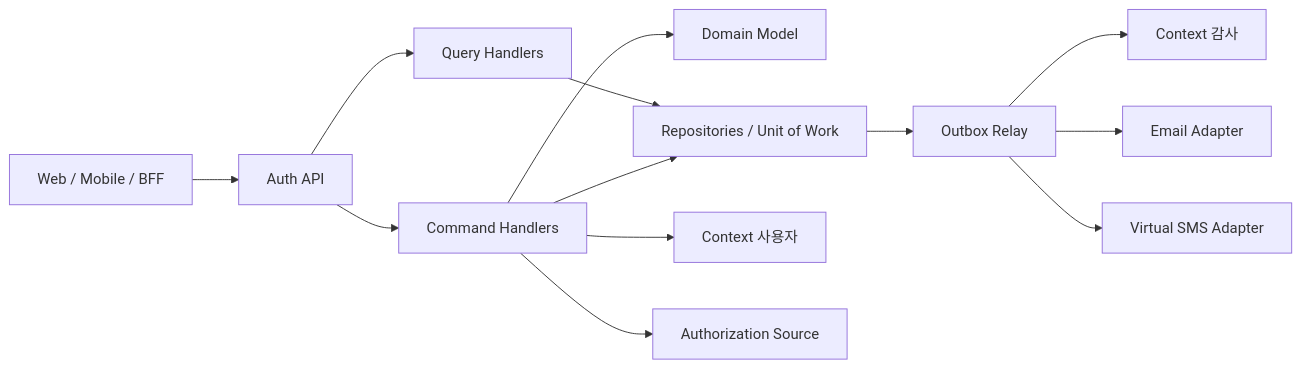
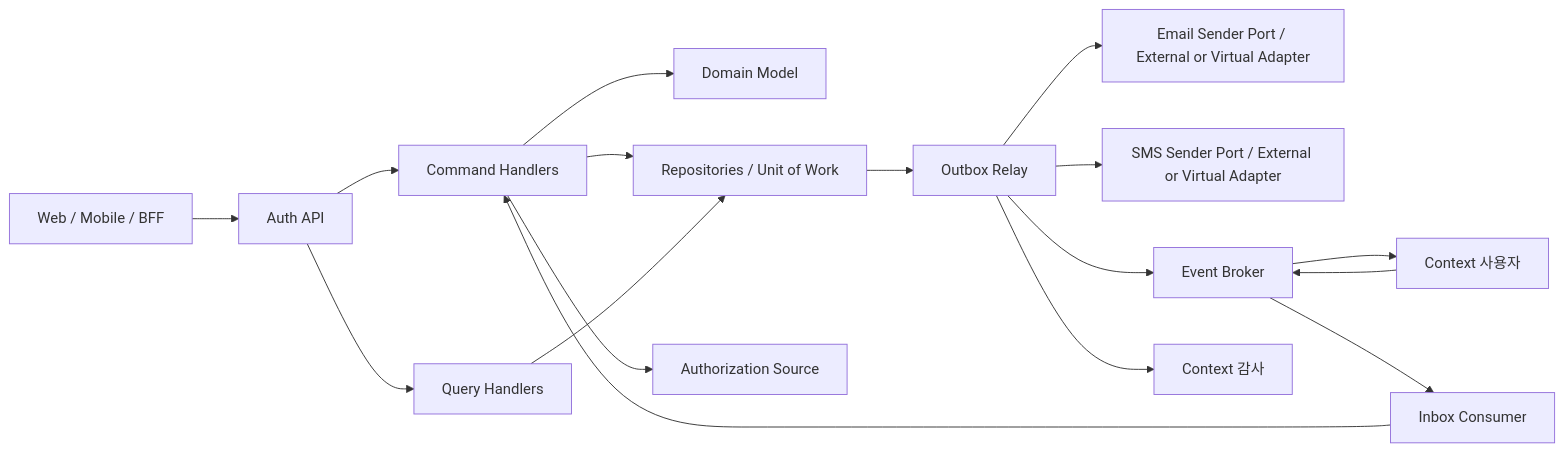
One commit to Medikong/archive changed the diagram in blueprint/50-service-design/A_300_auth/A_300_30-service/README.md. Above: the diagram before and after it, drawn with Mermaid. The commit also changed other lines of this file and 107 other files, not shown here.

````diff
--- a/blueprint/50-service-design/A_300_auth/A_300_30-service/README.md
+++ b/blueprint/50-service-design/A_300_auth/A_300_30-service/README.md
@@ -57,28 +57,34 @@
 ```mermaid
 flowchart LR
     Client["Web / Mobile / BFF"]
     API["Auth API"]
     Command["Command Handlers"]
     Query["Query Handlers"]
     Domain["Domain Model"]
     Store["Repositories / Unit of Work"]
     User["Context 사용자"]
     Authz["Authorization Source"]
-    Email["Email Adapter"]
-    SMS["Virtual SMS Adapter"]
+    Email["Email Sender Port / External or Virtual Adapter"]
+    SMS["SMS Sender Port / External or Virtual Adapter"]
     Relay["Outbox Relay"]
+    Broker["Event Broker"]
+    Inbox["Inbox Consumer"]
     Audit["Context 감사"]
 
     Client --> API
     API --> Command
     API --> Query
     Command --> Domain
     Command --> Store
     Query --> Store
-    Command --> User
     Command --> Authz
     Store --> Relay
+    Relay --> Broker
+    Broker --> User
+    User --> Broker
+    Broker --> Inbox
+    Inbox --> Command
     Relay --> Audit
     Relay --> Email
     Relay --> SMS
 ```
````
